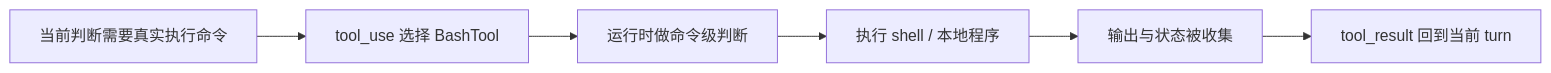
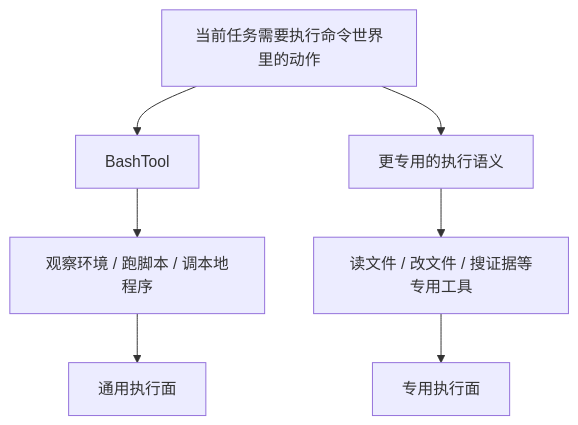
The second of 2 diagrams in docs/guidebookv2/volume-3/05-why-bashtool-feels-like-the-general-executor.md (T0UGH/claude-code-source-guide), drawn with Mermaid before and after one commit. The commit also changed other lines of this file and 13 other files, not shown here.

Commit message:
tighten volume-3 diagrams and boundaries

````diff
--- a/docs/guidebookv2/volume-3/05-why-bashtool-feels-like-the-general-executor.md
+++ b/docs/guidebookv2/volume-3/05-why-bashtool-feels-like-the-general-executor.md
@@ -161,8 +161,9 @@
 ```mermaid
-flowchart LR
-    A[当前判断需要真实执行命令] --> B[tool_use 选择 BashTool]
-    B --> C[运行时做命令级判断]
-    C --> D[执行 shell / 本地程序]
-    D --> E[输出与状态被收集]
-    E --> F[tool_result 回到当前 turn]
+flowchart TD
+    A[当前任务需要执行命令世界里的动作] --> B[BashTool]
+    A --> C[更专用的执行语义]
+    B --> D[观察环境 / 跑脚本 / 调本地程序]
+    C --> E[读文件 / 改文件 / 搜证据等专用工具]
+    D --> F[通用执行面]
+    E --> G[专用执行面]
 ```
````
